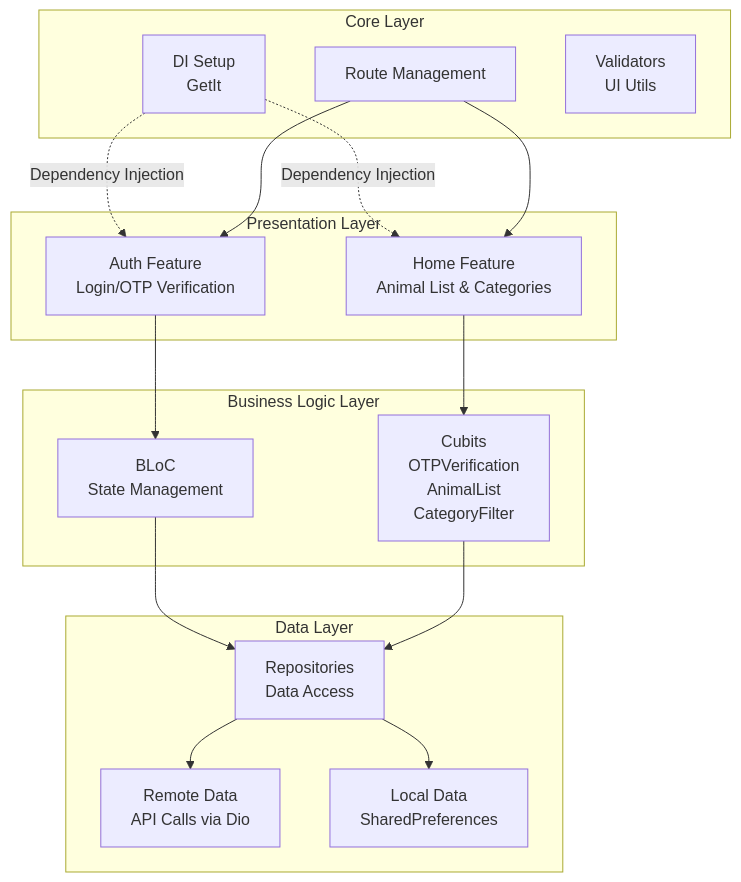
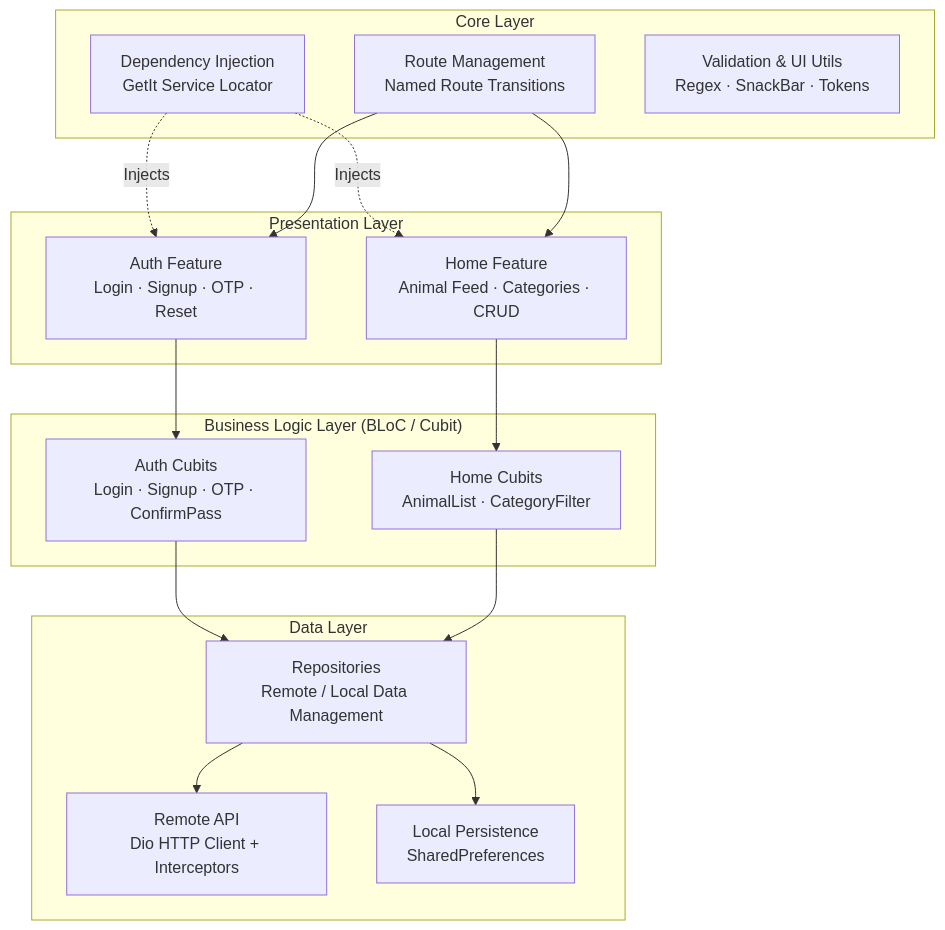
Before and after one commit to elsaidmaher2-10/animoapp: the diagram in README.md, drawn with Mermaid. The commit also changed other lines of this file and 58 other files, not shown here.

````diff
--- a/README.md
+++ b/README.md
@@ -15,35 +127,35 @@
 ```mermaid
 graph TB
     subgraph "Presentation Layer"
-        A["Auth Feature<br/>Login/OTP Verification"]
-        B["Home Feature<br/>Animal List & Categories"]
+        A["Auth Feature<br/>Login · Signup · OTP · Reset"]
+        B["Home Feature<br/>Animal Feed · Categories · CRUD"]
     end
     
-    subgraph "Business Logic Layer"
-        C["BLoC<br/>State Management"]
-        D["Cubits<br/>OTPVerification<br/>AnimalList<br/>CategoryFilter"]
+    subgraph "Business Logic Layer (BLoC / Cubit)"
+        C["Auth Cubits<br/>Login · Signup · OTP · ConfirmPass"]
+        D["Home Cubits<br/>AnimalList · CategoryFilter"]
     end
     
     subgraph "Data Layer"
-        E["Repositories<br/>Data Access"]
-        F["Remote Data<br/>API Calls via Dio"]
-        G["Local Data<br/>SharedPreferences"]
+        E["Repositories<br/>Remote / Local Data Management"]
+        F["Remote API<br/>Dio HTTP Client + Interceptors"]
+        G["Local Persistence<br/>SharedPreferences"]
     end
     
     subgraph "Core Layer"
-        H["DI Setup<br/>GetIt"]
-        I["Route Management"]
-        J["Validators<br/>UI Utils"]
+        H["Dependency Injection<br/>GetIt Service Locator"]
+        I["Route Management<br/>Named Route Transitions"]
+        J["Validation & UI Utils<br/>Regex · SnackBar · Tokens"]
     end
     
     A --> C
     B --> D
     C --> E
     D --> E
     E --> F
     E --> G
-    H -.->|Dependency Injection| A
-    H -.->|Dependency Injection| B
+    H -.->|Injects| A
+    H -.->|Injects| B
     I --> A
     I --> B
 ```
````
